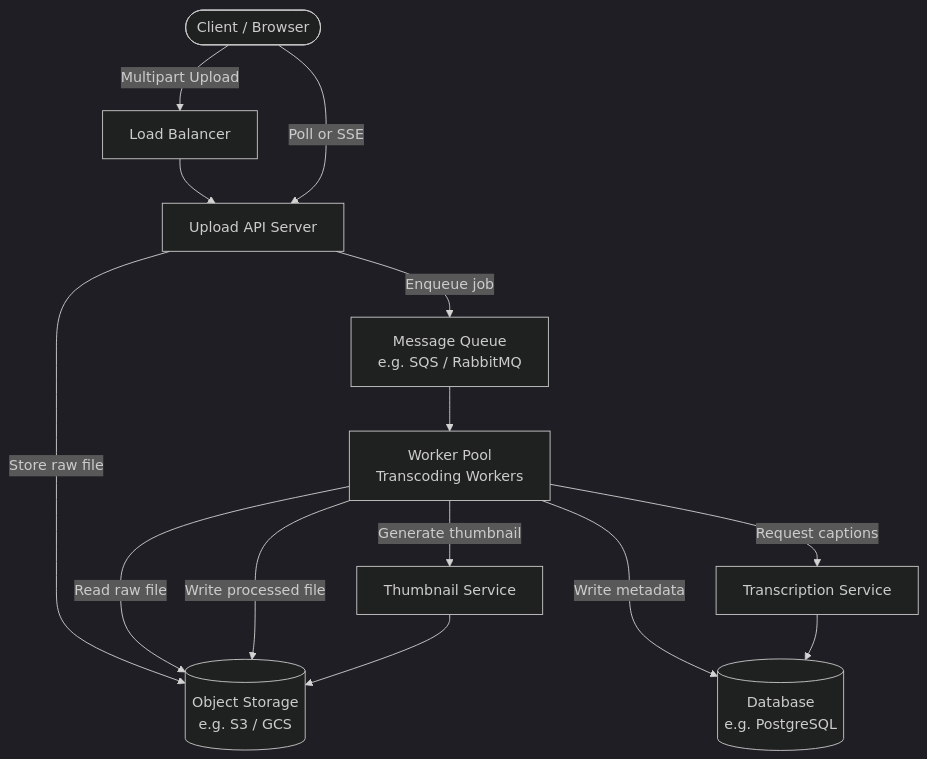
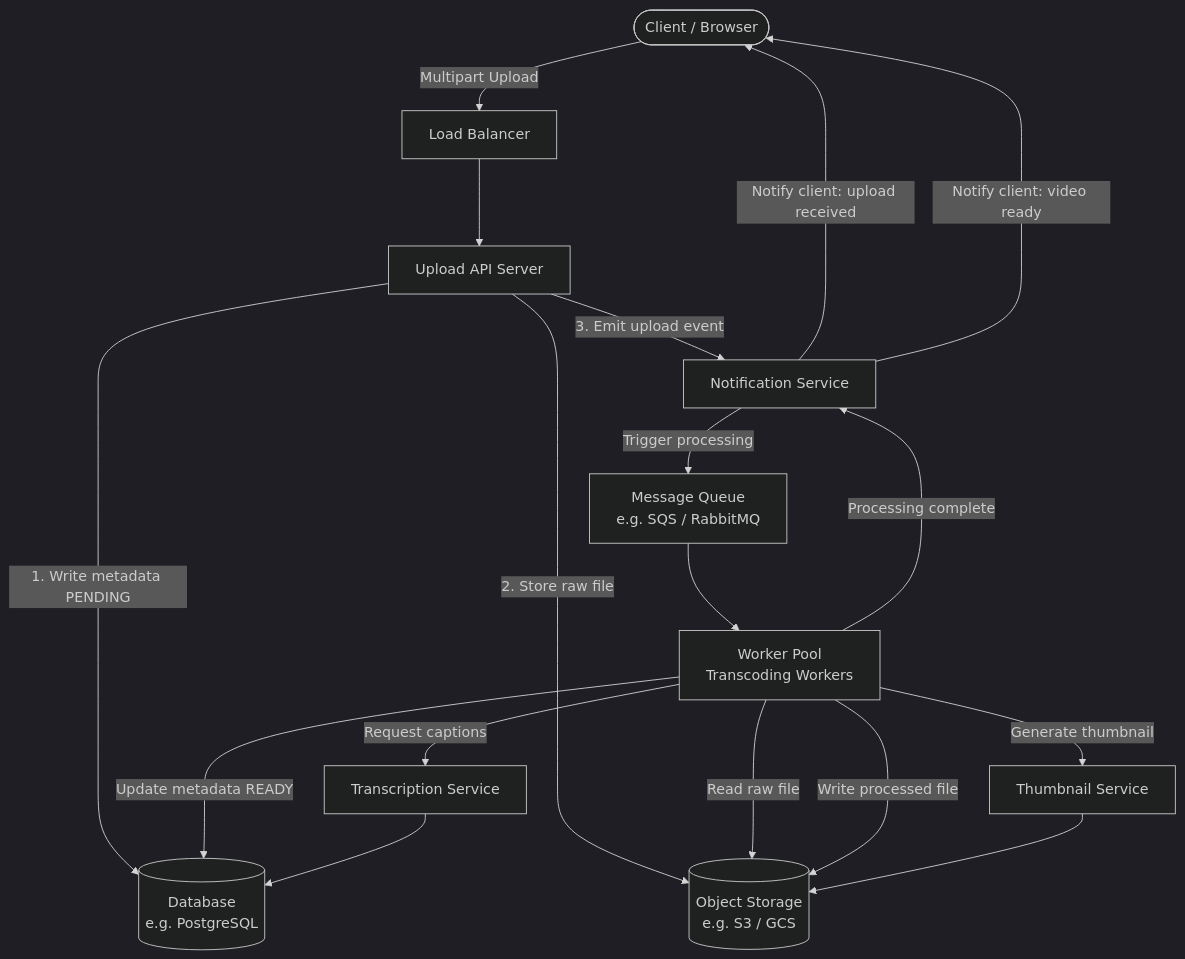
The third of 5 diagrams in system-designs/video-streaming.md (Solanki-rudra/system-design), drawn with Mermaid (dark theme) before and after one commit. The commit also changed other lines of this file and 2 other files, not shown here.

Commit message:
feat: complete video streaming design

````diff
--- a/system-designs/video-streaming.md
+++ b/system-designs/video-streaming.md
@@ -74,16 +193,20 @@
 ```mermaid
 flowchart TD
     Client([Client / Browser]) -->|Multipart Upload| LB[Load Balancer]
     LB --> API[Upload API Server]
-    API -->|Store raw file| S3[(Object Storage\ne.g. S3 / GCS)]
-    API -->|Enqueue job| MQ[Message Queue\ne.g. SQS / RabbitMQ]
+    API -->|1. Write metadata PENDING| DB[(Database\ne.g. PostgreSQL)]
+    API -->|2. Store raw file| S3[(Object Storage\ne.g. S3 / GCS)]
+    API -->|3. Emit upload event| NS[Notification Service]
+    NS -->|Notify client: upload received| Client
+    NS -->|Trigger processing| MQ[Message Queue\ne.g. SQS / RabbitMQ]
     MQ --> W[Worker Pool\nTranscoding Workers]
     W -->|Read raw file| S3
     W -->|Write processed file| S3
-    W -->|Write metadata| DB[(Database\ne.g. PostgreSQL)]
+    W -->|Update metadata READY| DB
     W -->|Generate thumbnail| TH[Thumbnail Service]
     W -->|Request captions| TC[Transcription Service]
     TH --> S3
     TC --> DB
-    Client -->|Poll or SSE| API
+    W -->|Processing complete| NS
+    NS -->|Notify client: video ready| Client
 ```
````
